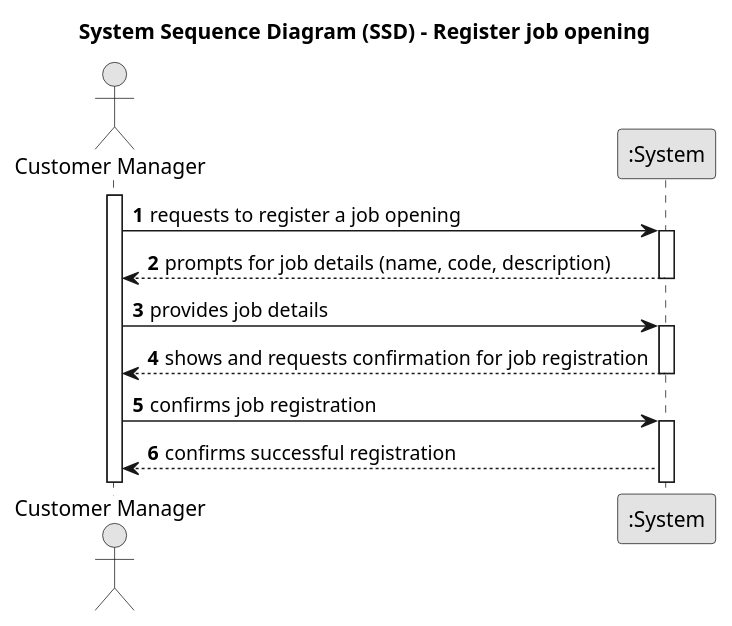
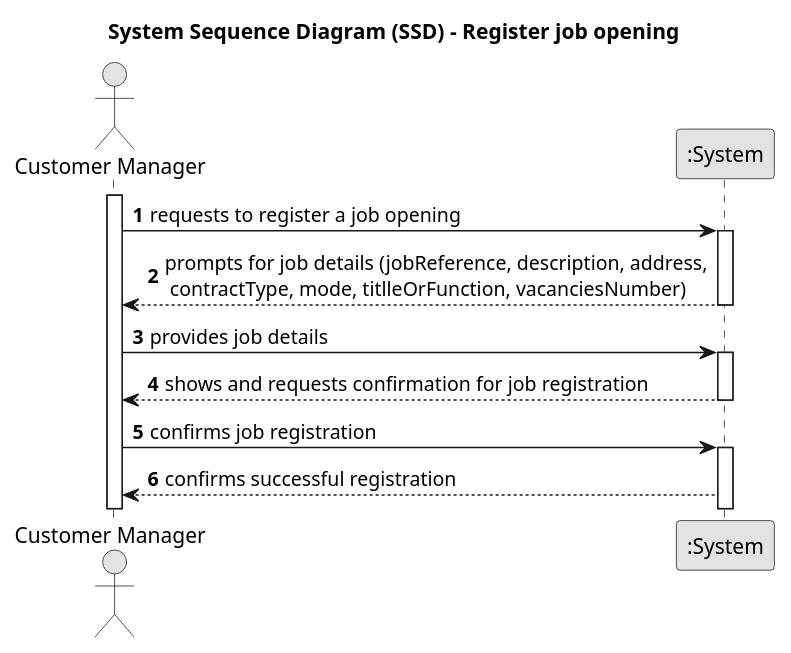
One commit to marcoferreira37/Lapr4 changed the diagram in docs/sprintB/1002/1002-system-sequence-diagram.puml. Above: the diagram before and after it, drawn with PlantUML. The commit also changed 12 other files, not shown here.

```diff
--- a/docs/sprintB/1002/1002-system-sequence-diagram.puml
+++ b/docs/sprintB/1002/1002-system-sequence-diagram.puml
@@ -1,34 +1,35 @@
 @startuml
 skinparam monochrome true
 skinparam packageStyle rectangle
 skinparam shadowing false
 
 title System Sequence Diagram (SSD) - Register job opening
 
 autonumber
 
 actor "Customer Manager" as Manager
 participant ":System" as System
 
 activate Manager
 
     Manager -> System : requests to register a job opening
     activate System
 
-    System --> Manager : prompts for job details (name, code, description)
+    System --> Manager : prompts for job details (jobReference, description, address,\n contractType, mode, titlleOrFunction, vacanciesNumber)
+
     deactivate System
 
     Manager -> System : provides job details
 
     activate System
 
 
         System --> Manager : shows and requests confirmation for job registration
         deactivate System
 
         Manager -> System : confirms job registration
         activate System
 
         System --> Manager : confirms successful registration
 
 @enduml
```
